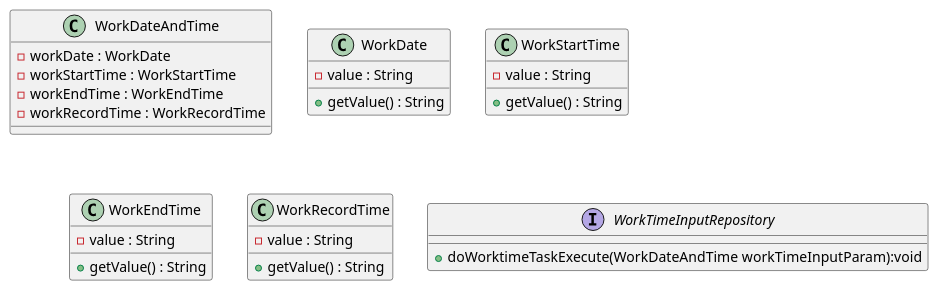
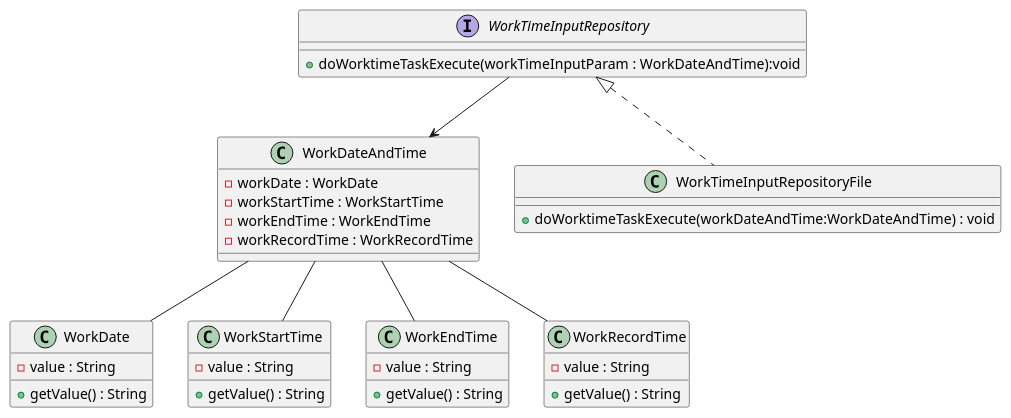
Before and after one commit to biglobe-isp/kintai: the diagram in etc/document/勤怠管理_リファクタリングクラス図.puml, drawn with PlantUML.

Commit message:
勤怠時間登録処理のクラス図作成

```diff
--- a/etc/document/勤怠管理_リファクタリングクラス図.puml
+++ b/etc/document/勤怠管理_リファクタリングクラス図.puml
@@ -1,35 +1,46 @@
 @startuml
 
 
 class WorkDateAndTime {
     - workDate : WorkDate
     - workStartTime : WorkStartTime
     - workEndTime : WorkEndTime
     - workRecordTime : WorkRecordTime
 }
 
 class WorkDate {
     - value : String
     + getValue() : String
 }
 
 class WorkStartTime {
     - value : String
     + getValue() : String
 }
 
 class WorkEndTime {
     - value : String
     + getValue() : String
 }
 
 class WorkRecordTime {
     - value : String
     + getValue() : String
 }
 
 interface WorkTimeInputRepository {
-    + doWorktimeTaskExecute(WorkDateAndTime workTimeInputParam):void
+    + doWorktimeTaskExecute(workTimeInputParam : WorkDateAndTime):void
 }
 
+WorkDateAndTime -- WorkDate
+WorkDateAndTime -- WorkStartTime
+WorkDateAndTime -- WorkEndTime
+WorkDateAndTime -- WorkRecordTime
+WorkTimeInputRepository --> WorkDateAndTime
+
+class WorkTimeInputRepositoryFile {
+    + doWorktimeTaskExecute(workDateAndTime:WorkDateAndTime) : void
+}
+
+WorkTimeInputRepository <|.. WorkTimeInputRepositoryFile
 @enduml
```
